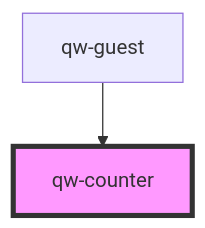
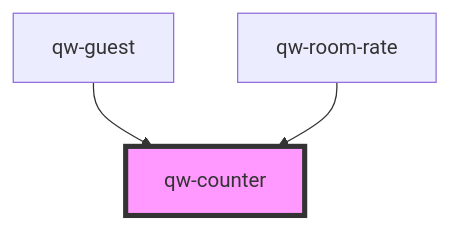
One commit to qwentes-team/qw-hotels changed the diagram in src/components/shared/qw-counter/readme.md. Above: the diagram before and after it, drawn with Mermaid. The commit also changed other lines of this file and 6 other files, not shown here.

````diff
--- a/src/components/shared/qw-counter/readme.md
+++ b/src/components/shared/qw-counter/readme.md
@@ -30,5 +32,6 @@
 ```mermaid
 graph TD;
   qw-guest --> qw-counter
+  qw-room-rate --> qw-counter
   style qw-counter fill:#f9f,stroke:#333,stroke-width:4px
 ```
````
